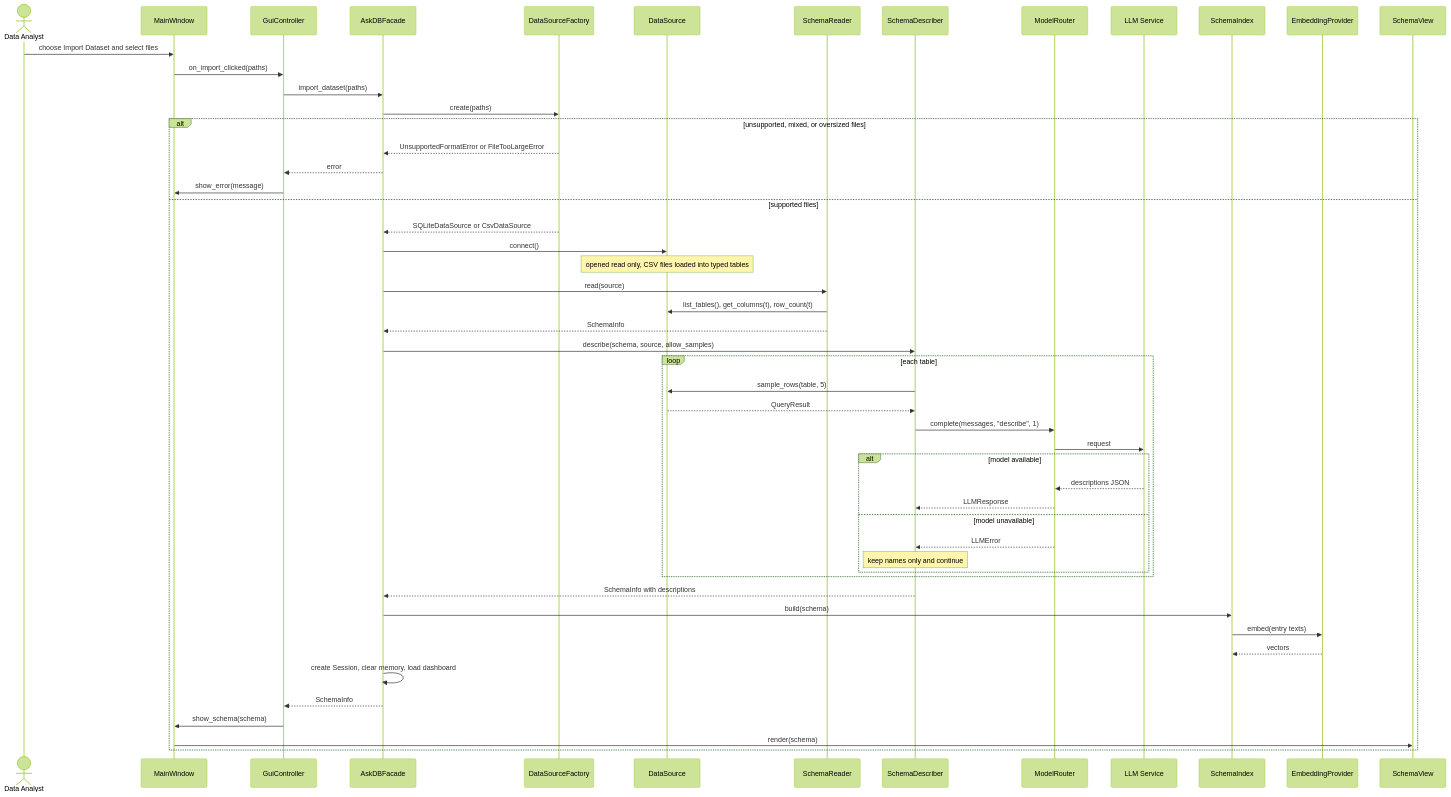
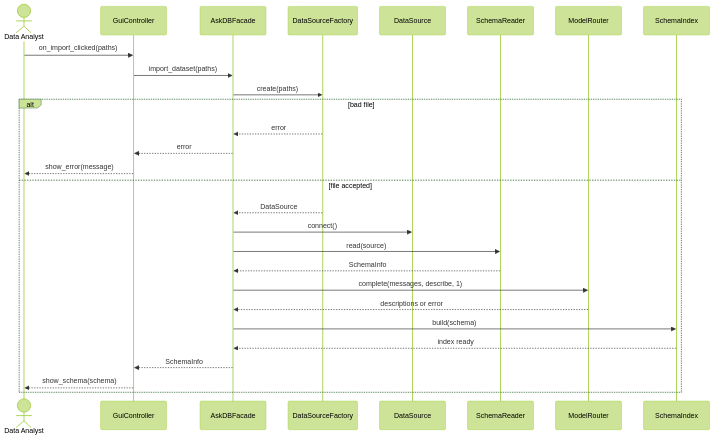
Before and after one commit to krishi-shah/AskDB-Data-Analyst-Agent: the seventh of 15 diagrams in docs/Stage1_Design_Report.md, drawn with Mermaid (forest theme). The commit also changed other lines of this file, not shown here.

Commit message:
Name the missing design principles and keep only the UML diagrams Stage 1 asks for.

````diff
--- a/docs/Stage1_Design_Report.md
+++ b/docs/Stage1_Design_Report.md
@@ -1723,55 +1009,31 @@
 ```mermaid
 sequenceDiagram
     actor A as Data Analyst
-    participant MW as MainWindow
     participant GC as GuiController
     participant F as AskDBFacade
     participant DSF as DataSourceFactory
     participant DS as DataSource
     participant SR as SchemaReader
-    participant DESC as SchemaDescriber
     participant MR as ModelRouter
-    participant LLM as LLM Service
     participant SI as SchemaIndex
-    participant EP as EmbeddingProvider
-    participant SV as SchemaView
 
-    A->>MW: choose Import Dataset and select files
-    MW->>GC: on_import_clicked(paths)
+    A->>GC: on_import_clicked(paths)
     GC->>F: import_dataset(paths)
     F->>DSF: create(paths)
-    alt unsupported, mixed, or oversized files
-        DSF-->>F: UnsupportedFormatError or FileTooLargeError
+    alt bad file
+        DSF-->>F: error
         F-->>GC: error
-        GC->>MW: show_error(message)
-    else supported files
-        DSF-->>F: SQLiteDataSource or CsvDataSource
+        GC-->>A: show_error(message)
+    else file accepted
+        DSF-->>F: DataSource
         F->>DS: connect()
-        Note over DS: opened read only, CSV files loaded into typed tables
         F->>SR: read(source)
-        SR->>DS: list_tables(), get_columns(t), row_count(t)
         SR-->>F: SchemaInfo
-        F->>DESC: describe(schema, source, allow_samples)
-        loop each table
-            DESC->>DS: sample_rows(table, 5)
-            DS-->>DESC: QueryResult
-            DESC->>MR: complete(messages, "describe", 1)
-            MR->>LLM: request
-            alt model available
-                LLM-->>MR: descriptions JSON
-                MR-->>DESC: LLMResponse
-            else model unavailable
-                MR-->>DESC: LLMError
-                Note over DESC: keep names only and continue
-            end
-        end
-        DESC-->>F: SchemaInfo with descriptions
+        F->>MR: complete(messages, describe, 1)
+        MR-->>F: descriptions or error
         F->>SI: build(schema)
-        SI->>EP: embed(entry texts)
-        EP-->>SI: vectors
-        F->>F: create Session, clear memory, load dashboard
+        SI-->>F: index ready
         F-->>GC: SchemaInfo
-        GC->>MW: show_schema(schema)
-        MW->>SV: render(schema)
+        GC-->>A: show_schema(schema)
     end
 ```
````
